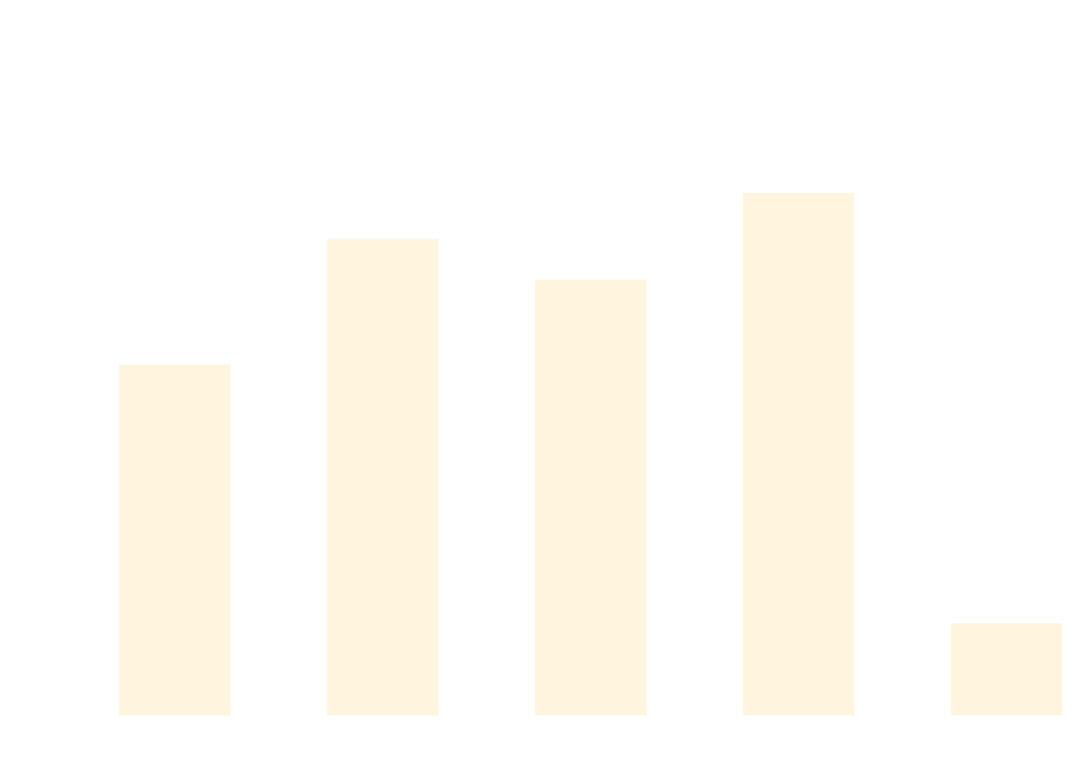
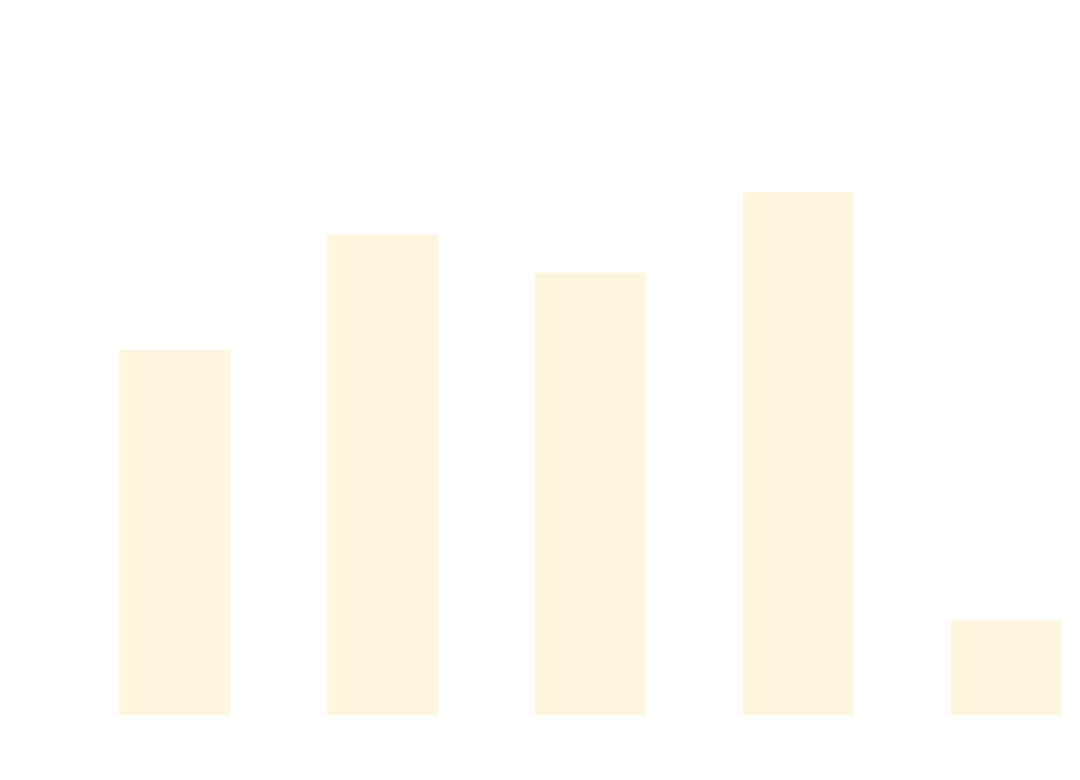
Before and after one commit to thomhurst/TUnit: the diagram in docs/docs/benchmarks/AsyncTests.md, drawn with Mermaid. The commit also changed other lines of this file and 17 other files, not shown here.

````diff
--- a/docs/docs/benchmarks/AsyncTests.md
+++ b/docs/docs/benchmarks/AsyncTests.md
@@ -27,37 +27,37 @@
 ```mermaid
 %%{init: {
   'theme':'base',
   'themeVariables': {
     'primaryColor': '#2563eb',
     'primaryTextColor': '#ffffff',
     'primaryBorderColor': '#1e40af',
     'lineColor': '#6b7280',
     'secondaryColor': '#7c3aed',
     'tertiaryColor': '#dc2626',
     'background': '#ffffff',
     'mainBkg': '#2563eb',
     'secondBkg': '#7c3aed',
     'tertiaryBkg': '#dc2626',
     'clusterBkg': '#f3f4f6',
     'edgeLabelBackground': '#ffffff',
     'tertiaryTextColor': '#1f2937',
     'pie1': '#2563eb',
     'pie2': '#7c3aed',
     'pie3': '#dc2626',
     'pie4': '#f59e0b',
     'pie5': '#10b981',
     'pie6': '#06b6d4',
     'pie7': '#ec4899',
     'pie8': '#6366f1',
     'pie9': '#84cc16',
     'pie10': '#f97316',
     'pie11': '#14b8a6',
     'pie12': '#a855f7'
   }
 }}%%
 xychart-beta
   title "AsyncTests Performance Comparison"
   x-axis ["TUnit", "NUnit", "MSTest", "xUnit3", "TUnit_AOT"]
-  y-axis "Time (ms)" 0 --> 936
-  bar [516.8, 708.9, 646.8, 779.2, 122.5]
+  y-axis "Time (ms)" 0 --> 903
+  bar [520.4, 689.8, 634.1, 752.3, 122.1]
 ```
````
